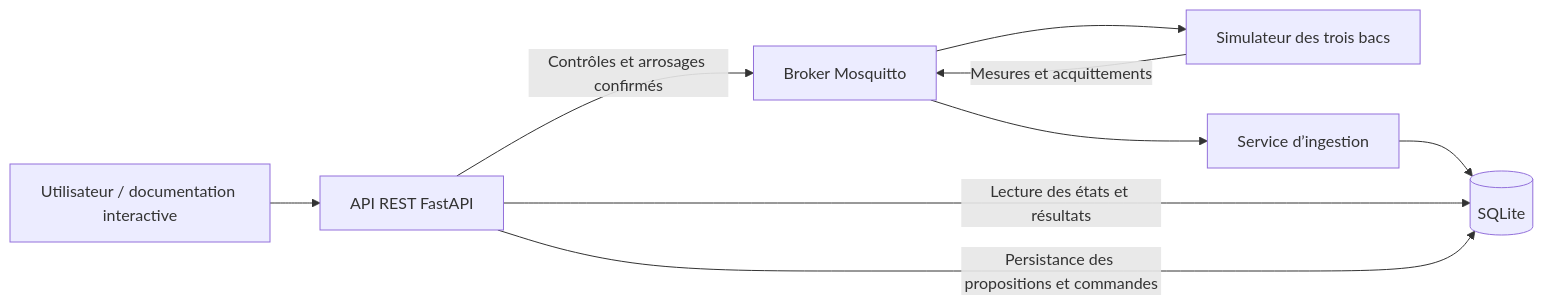
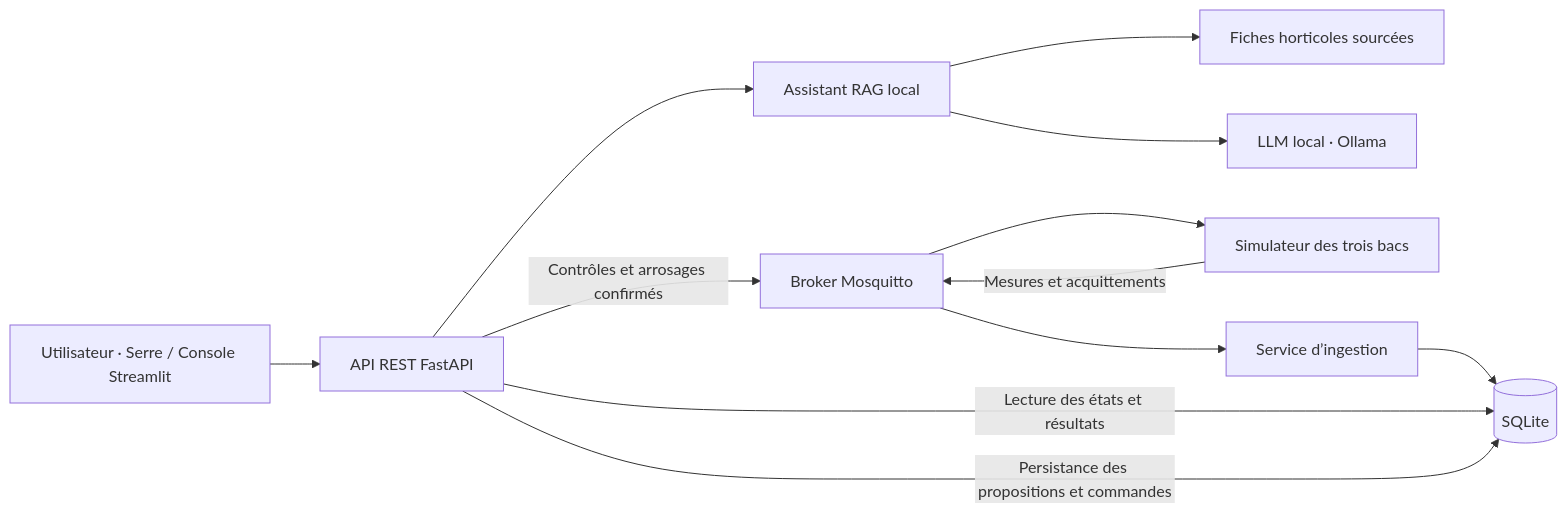
The diagram in README.md (jeanb1970/GreenMind), drawn with Mermaid before and after one commit. The commit also changed other lines of this file, not shown here.

````diff
--- a/README.md
+++ b/README.md
@@ -23,11 +26,14 @@
 ```mermaid
 flowchart LR
-    U[Utilisateur / documentation interactive] --> API[API REST FastAPI]
+    U[Utilisateur · Serre / Console Streamlit] --> API[API REST FastAPI]
+    API --> RAG[Assistant RAG local]
+    RAG --> CORPUS[Fiches horticoles sourcées]
+    RAG --> LLM[LLM local · Ollama]
     API -->|Contrôles et arrosages confirmés| MQTT[Broker Mosquitto]
     MQTT --> SIM[Simulateur des trois bacs]
     SIM -->|Mesures et acquittements| MQTT
     MQTT --> ING[Service d’ingestion]
     ING --> DB[(SQLite)]
     API -->|Lecture des états et résultats| DB
     API -->|Persistance des propositions et commandes| DB
 ```
````
